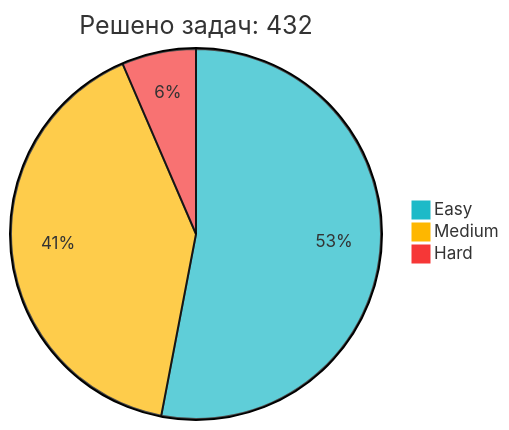
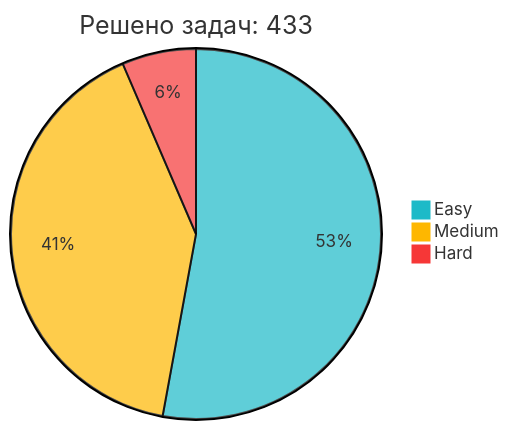
One commit to IliaKurdukov/IliaKurdukov changed the diagram in README.md. Above: the diagram before and after it, drawn with Mermaid. The commit also changed other lines of this file, not shown here.

````diff
--- a/README.md
+++ b/README.md
@@ -51,7 +51,7 @@
 ```mermaid
 %%{init: {'theme': 'base', 'themeVariables': { 'pie1': '#1CBAC8', 'pie2': '#FEB700', 'pie3': '#F63737' }, 'config': {'width': 300, 'height': 200}}}%%
-pie title Решено задач: 432
+pie title Решено задач: 433
    "Easy" : 229
-   "Medium" : 175
+   "Medium" : 176
    "Hard" : 28
 ```
````
